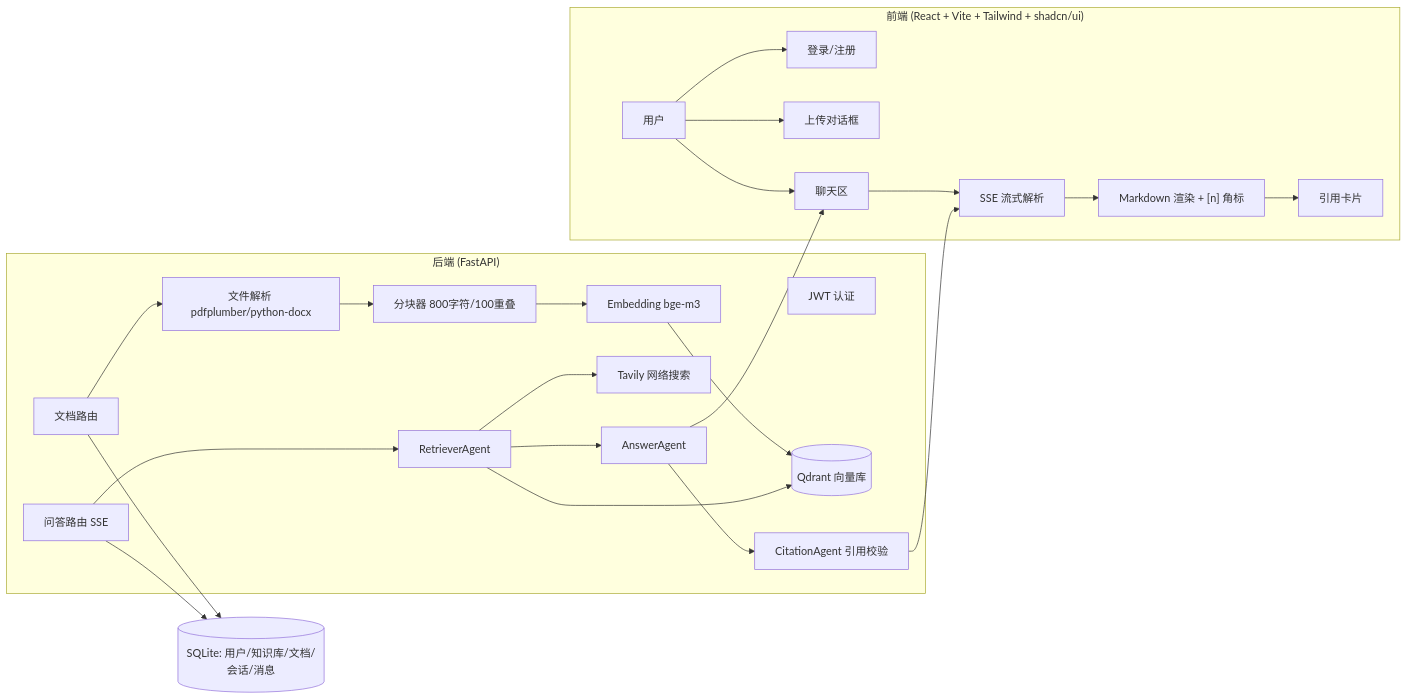
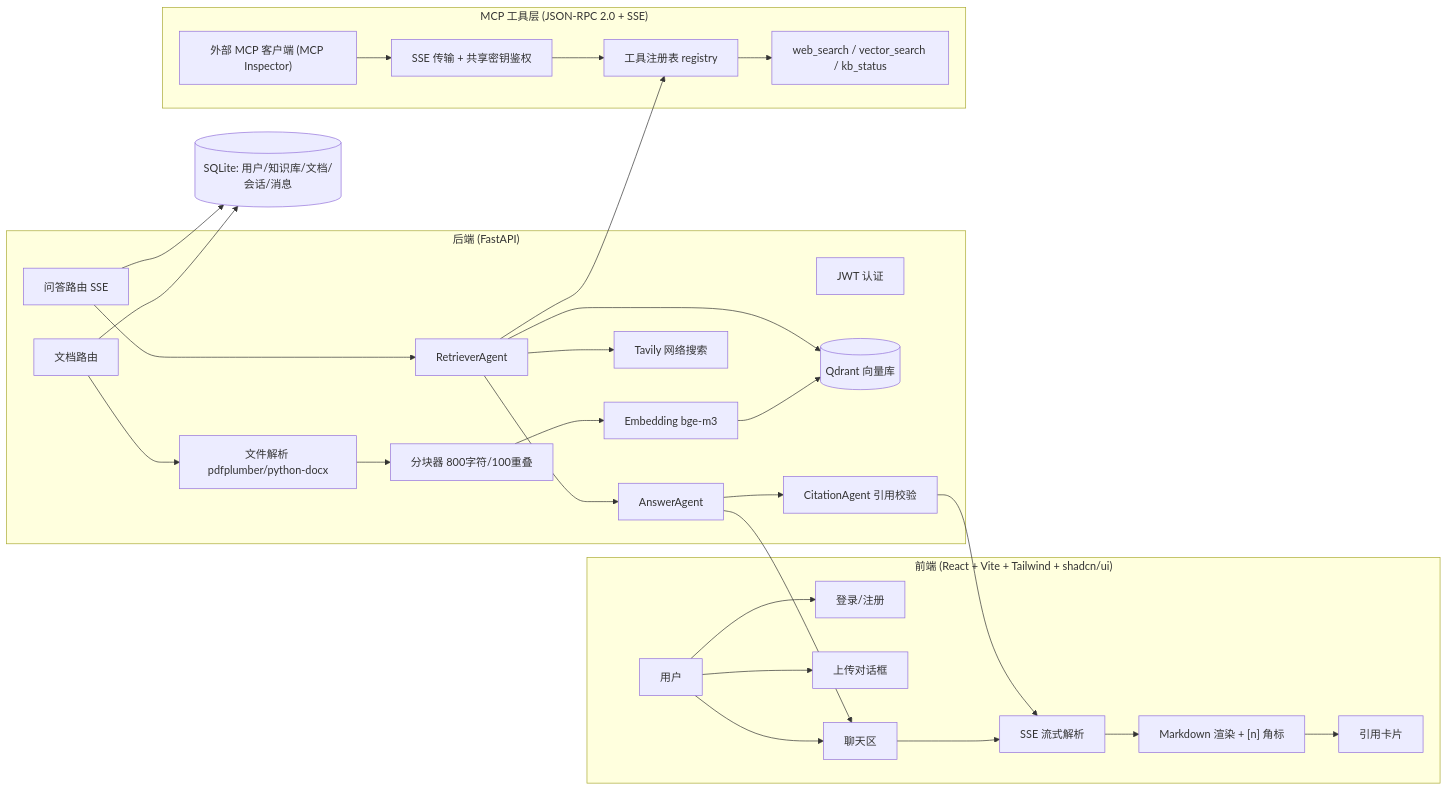
Before and after one commit to EmptyHands/ima-knowledge-base: the diagram in README.md, drawn with Mermaid. The commit also changed other lines of this file, not shown here.

````diff
--- a/README.md
+++ b/README.md
@@ -16,30 +17,39 @@
 ```mermaid
 flowchart LR
     subgraph FE["前端 (React + Vite + Tailwind + shadcn/ui)"]
         U["用户"] --> LOGIN["登录/注册"]
         U --> UPLOAD["上传对话框"]
         U --> CHAT["聊天区"]
         CHAT --> SSE["SSE 流式解析"]
         SSE --> MARKDOWN["Markdown 渲染 + [n] 角标"]
         MARKDOWN --> CARD["引用卡片"]
     end
     subgraph BE["后端 (FastAPI)"]
         AUTH["JWT 认证"]
         DOC["文档路由"]
         DOC --> PARSE["文件解析 pdfplumber/python-docx"]
         PARSE --> CHUNK["分块器 800字符/100重叠"]
         CHUNK --> EMBED["Embedding bge-m3"]
         EMBED --> QDRANT[("Qdrant 向量库")]
         ASK["问答路由 SSE"]
         ASK --> RET["RetrieverAgent"]
         RET --> QDRANT
         RET --> WEB["Tavily 网络搜索"]
         RET --> ANS["AnswerAgent"]
         ANS --> CIT["CitationAgent 引用校验"]
         ANS --> CHAT
         CIT --> SSE
     end
+    subgraph MCP["MCP 工具层 (JSON-RPC 2.0 + SSE)"]
+        MCPREG["工具注册表 registry"]
+        MCPTOOLS["web_search / vector_search / kb_status"]
+        MCPSSE["SSE 传输 + 共享密钥鉴权"]
+        MCPREG --> MCPTOOLS
+        MCPSSE --> MCPREG
+        RET --> MCPREG
+        MCPCLI["外部 MCP 客户端 (MCP Inspector)"] --> MCPSSE
+    end
     META[("SQLite: 用户/知识库/文档/会话/消息")]
     DOC --> META
     ASK --> META
 ```
````
